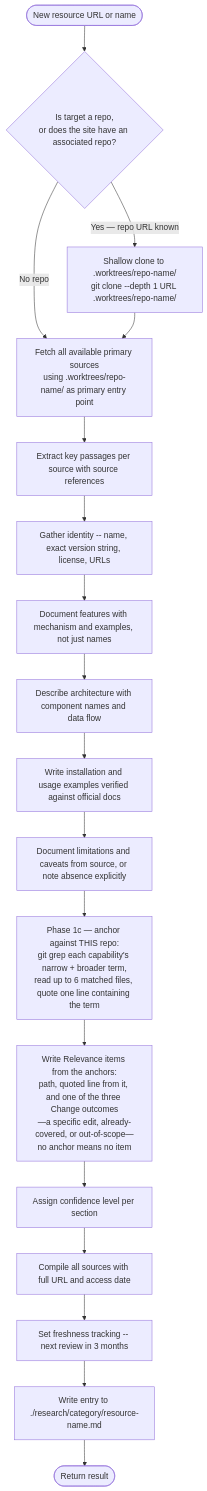
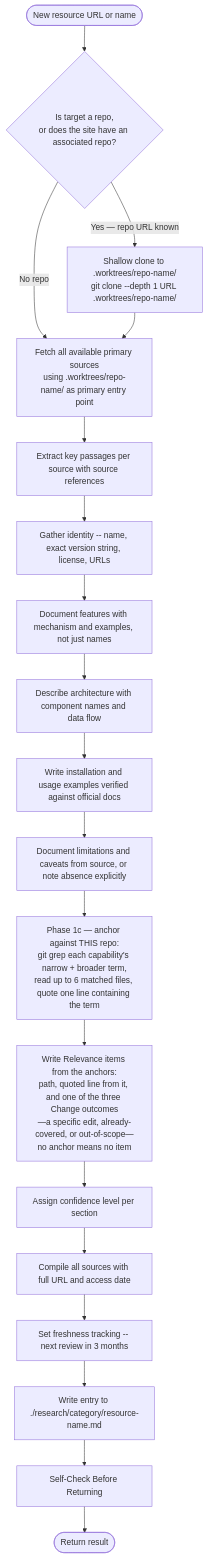
One commit to Jamie-BitFlight/claude_skills changed the second of 2 diagrams in .claude/agents/research-curator.md. Above: the diagram before and after it, drawn with Mermaid. The commit also changed other lines of this file and 11 other files, not shown here.

First line of the commit message:
refactor(research-curator): writer self-check, reviewer/worker review loop and aligned creator/reviewer instructions (#4038)

````diff
--- a/.claude/agents/research-curator.md
+++ b/.claude/agents/research-curator.md
@@ -177,20 +179,21 @@
 ```mermaid
 flowchart TD
     Start([New resource URL or name]) --> CloneCheck{Is target a repo,<br>or does the site have an associated repo?}
     CloneCheck -->|"Yes — repo URL known"| ShallowClone["Shallow clone to .worktrees/repo-name/<br>git clone --depth 1 URL .worktrees/repo-name/"]
     CloneCheck -->|"No repo"| Fetch[Fetch all available primary sources]
     ShallowClone --> Fetch[Fetch all available primary sources<br>using .worktrees/repo-name/ as primary entry point]
     Fetch --> Extract[Extract key passages per source with source references]
     Extract --> Metadata[Gather identity -- name, exact version string, license, URLs]
     Metadata --> Features[Document features with mechanism and examples, not just names]
     Features --> Architecture[Describe architecture with component names and data flow]
     Architecture --> Usage[Write installation and usage examples verified against official docs]
     Usage --> Limitations[Document limitations and caveats from source, or note absence explicitly]
     Limitations --> Anchors[Phase 1c — anchor against THIS repo:<br>git grep each capability's narrow + broader term,<br>read up to 6 matched files, quote one line containing the term]
     Anchors --> Relevance[Write Relevance items from the anchors:<br>path, quoted line from it, and one of the three Change outcomes<br>—a specific edit, already-covered, or out-of-scope—<br>no anchor means no item]
     Relevance --> Confidence[Assign confidence level per section]
     Confidence --> References[Compile all sources with full URL and access date]
     References --> Freshness[Set freshness tracking -- next review in 3 months]
     Freshness --> WriteFile[Write entry to ./research/category/resource-name.md]
-    WriteFile --> Done([Return result])
+    WriteFile --> SelfCheck[Self-Check Before Returning]
+    SelfCheck --> Done([Return result])
 ```
````
